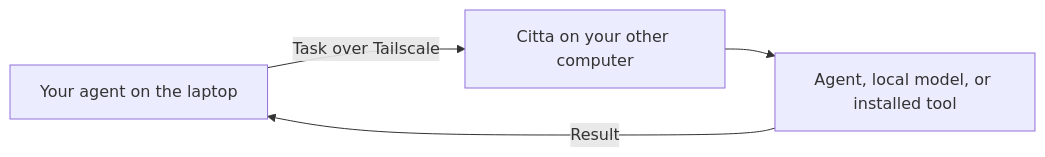
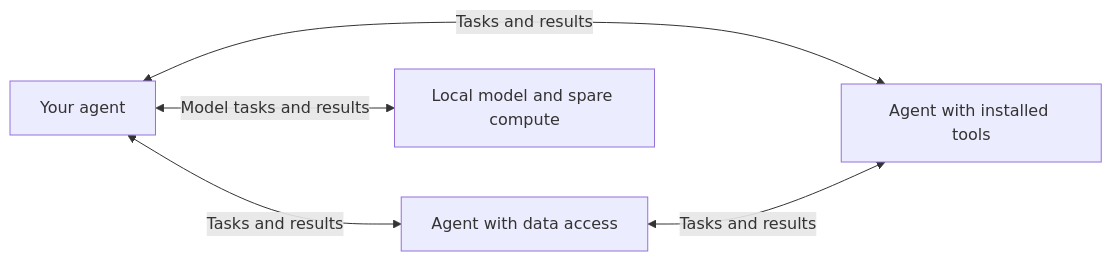
The diagram in README.md (priyankark/citta), drawn with Mermaid before and after one commit. The commit also changed other lines of this file and 27 other files, not shown here.

Commit message:
Present Citta as a network for agents to share tools, data and compute (#28)

````diff
--- a/README.md
+++ b/README.md
@@ -104,6 +106,7 @@
 ```mermaid
 flowchart LR
-    A[Your agent on the laptop] -->|Task over Tailscale| B[Citta on your other computer]
-    B --> C[Agent, local model, or installed tool]
-    C -->|Result| A
+    A[Your agent] <-->|Tasks and results| B[Agent with data access]
+    A <-->|Tasks and results| C[Agent with installed tools]
+    B <-->|Tasks and results| C
+    A <-->|Model tasks and results| D[Local model and spare compute]
 ```
````
